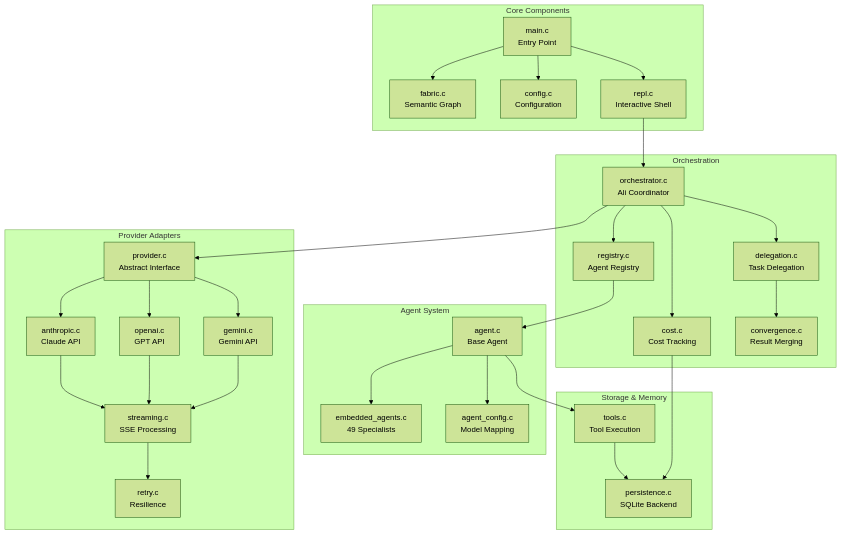
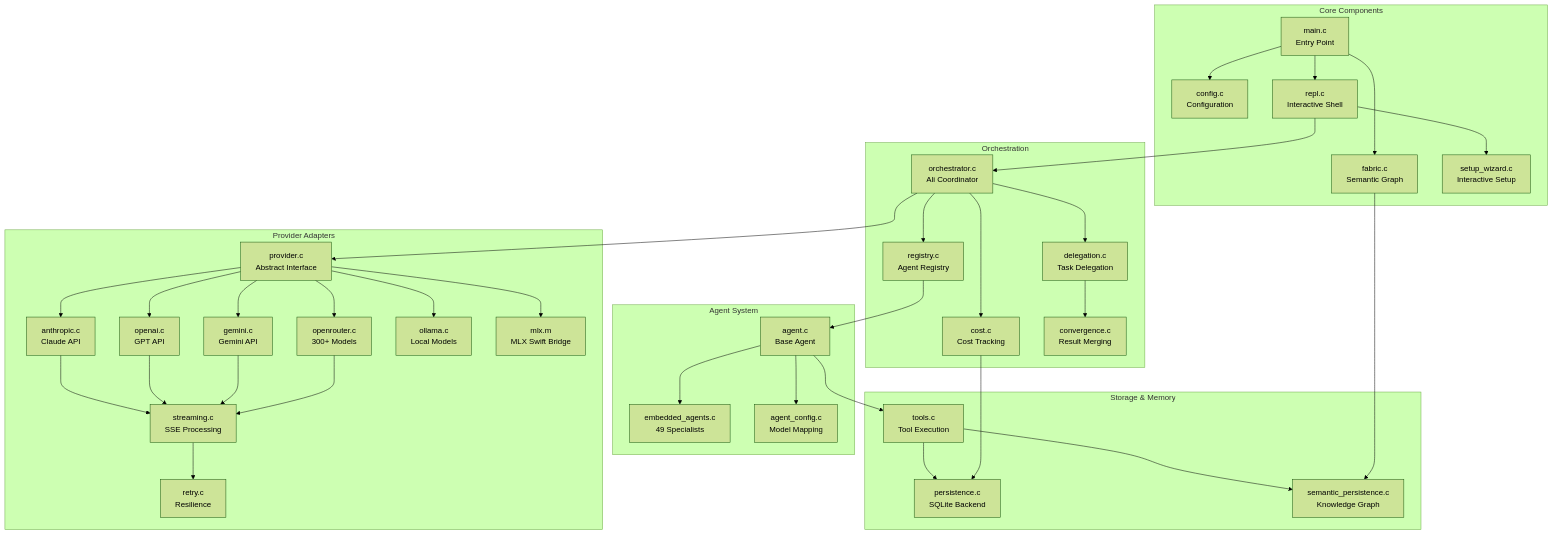
The fourth of 4 diagrams in README.md (Roberdan/convergio-cli), drawn with Mermaid (forest theme) before and after one commit. The commit also changed other lines of this file, not shown here.

First line of the commit message:
docs: Update Mermaid diagrams for MLX, OpenRouter, Ollama, Semantic Memory

````diff
--- a/README.md
+++ b/README.md
@@ -635,60 +649,72 @@
 ```mermaid
 graph TB
     subgraph Core["Core Components"]
         Main["main.c<br/>Entry Point"]
         Fabric["fabric.c<br/>Semantic Graph"]
         Config["config.c<br/>Configuration"]
         REPL["repl.c<br/>Interactive Shell"]
+        SetupWiz["setup_wizard.c<br/>Interactive Setup"]
     end
 
     subgraph Orchestration["Orchestration"]
         Orch["orchestrator.c<br/>Ali Coordinator"]
         Registry["registry.c<br/>Agent Registry"]
         Cost["cost.c<br/>Cost Tracking"]
         Delegation["delegation.c<br/>Task Delegation"]
         Convergence["convergence.c<br/>Result Merging"]
     end
 
     subgraph Providers["Provider Adapters"]
         ProviderC["provider.c<br/>Abstract Interface"]
         AnthropicC["anthropic.c<br/>Claude API"]
         OpenAIC["openai.c<br/>GPT API"]
         GeminiC["gemini.c<br/>Gemini API"]
+        OpenRouterC["openrouter.c<br/>300+ Models"]
+        OllamaC["ollama.c<br/>Local Models"]
+        MLXC["mlx.m<br/>MLX Swift Bridge"]
         Streaming["streaming.c<br/>SSE Processing"]
         Retry["retry.c<br/>Resilience"]
     end
 
     subgraph AgentSystem["Agent System"]
         Agent["agent.c<br/>Base Agent"]
         Embedded["embedded_agents.c<br/>49 Specialists"]
         AgentConfig["agent_config.c<br/>Model Mapping"]
     end
 
     subgraph Storage["Storage & Memory"]
         Persistence["persistence.c<br/>SQLite Backend"]
+        SemanticPersist["semantic_persistence.c<br/>Knowledge Graph"]
         Tools["tools.c<br/>Tool Execution"]
     end
 
     Main --> Fabric
     Main --> Config
     Main --> REPL
     REPL --> Orch
+    REPL --> SetupWiz
     Orch --> Registry
     Orch --> Cost
     Orch --> Delegation
     Delegation --> Convergence
     Registry --> Agent
     Agent --> Embedded
     Agent --> AgentConfig
     Orch --> ProviderC
     ProviderC --> AnthropicC
     ProviderC --> OpenAIC
     ProviderC --> GeminiC
+    ProviderC --> OpenRouterC
+    ProviderC --> OllamaC
+    ProviderC --> MLXC
     AnthropicC --> Streaming
     OpenAIC --> Streaming
     GeminiC --> Streaming
+    OpenRouterC --> Streaming
     Streaming --> Retry
     Agent --> Tools
     Tools --> Persistence
+    Tools --> SemanticPersist
     Cost --> Persistence
+    Fabric --> SemanticPersist
 ```
````
